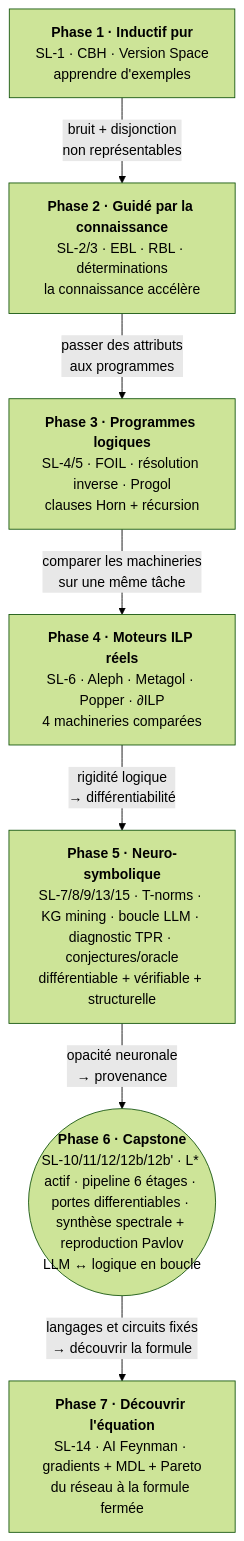
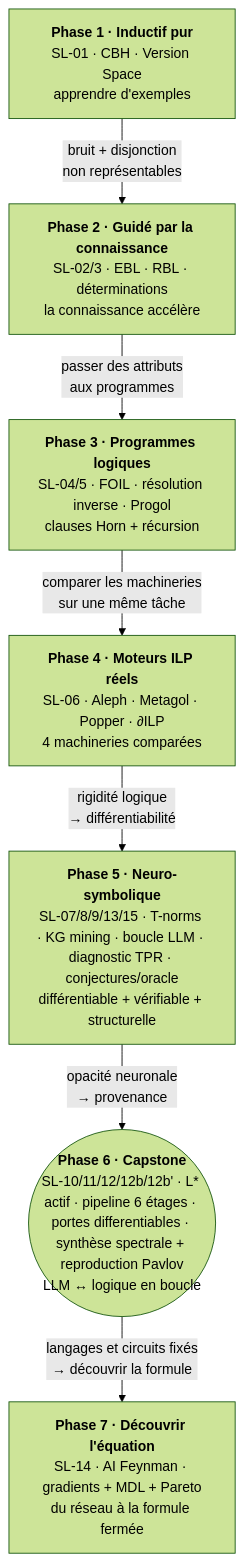
One commit to jsboige/CoursIA changed the diagram in MyIA.AI.Notebooks/SymbolicAI/SymbolicLearning/README.md. Above: the diagram before and after it, drawn with Mermaid (forest theme). The commit also changed other lines of this file and 36 other files, not shown here.

````diff
--- a/MyIA.AI.Notebooks/SymbolicAI/SymbolicLearning/README.md
+++ b/MyIA.AI.Notebooks/SymbolicAI/SymbolicLearning/README.md
@@ -106,16 +106,16 @@
 ```mermaid
 flowchart TD
-    P1["<b>Phase 1 · Inductif pur</b><br/>SL-1 · CBH · Version Space<br/>apprendre d'exemples"]
-    P2["<b>Phase 2 · Guidé par la connaissance</b><br/>SL-2/3 · EBL · RBL · déterminations<br/>la connaissance accélère"]
-    P3["<b>Phase 3 · Programmes logiques</b><br/>SL-4/5 · FOIL · résolution inverse · Progol<br/>clauses Horn + récursion"]
-    P4["<b>Phase 4 · Moteurs ILP réels</b><br/>SL-6 · Aleph · Metagol · Popper · ∂ILP<br/>4 machineries comparées"]
-    P5["<b>Phase 5 · Neuro-symbolique</b><br/>SL-7/8/9/13/15 · T-norms · KG mining · boucle LLM · diagnostic TPR · conjectures/oracle<br/>différentiable + vérifiable + structurelle"]
+    P1["<b>Phase 1 · Inductif pur</b><br/>SL-01 · CBH · Version Space<br/>apprendre d'exemples"]
+    P2["<b>Phase 2 · Guidé par la connaissance</b><br/>SL-02/3 · EBL · RBL · déterminations<br/>la connaissance accélère"]
+    P3["<b>Phase 3 · Programmes logiques</b><br/>SL-04/5 · FOIL · résolution inverse · Progol<br/>clauses Horn + récursion"]
+    P4["<b>Phase 4 · Moteurs ILP réels</b><br/>SL-06 · Aleph · Metagol · Popper · ∂ILP<br/>4 machineries comparées"]
+    P5["<b>Phase 5 · Neuro-symbolique</b><br/>SL-07/8/9/13/15 · T-norms · KG mining · boucle LLM · diagnostic TPR · conjectures/oracle<br/>différentiable + vérifiable + structurelle"]
     P6(("<b>Phase 6 · Capstone</b><br/>SL-10/11/12/12b/12b' · L* actif · pipeline 6 étages · portes differentiables · synthèse spectrale + reproduction Pavlov<br/>LLM ↔ logique en boucle"))
     P7["<b>Phase 7 · Découvrir l'équation</b><br/>SL-14 · AI Feynman · gradients + MDL + Pareto<br/>du réseau à la formule fermée"]
     P1 -->|"bruit + disjonction<br/>non représentables"| P2
     P2 -->|"passer des attributs<br/>aux programmes"| P3
     P3 -->|"comparer les machineries<br/>sur une même tâche"| P4
     P4 -->|"rigidité logique<br/>→ différentiabilité"| P5
     P5 -->|"opacité neuronale<br/>→ provenance"| P6
     P6 -->|"langages et circuits fixés<br/>→ découvrir la formule"| P7
 ```
````
